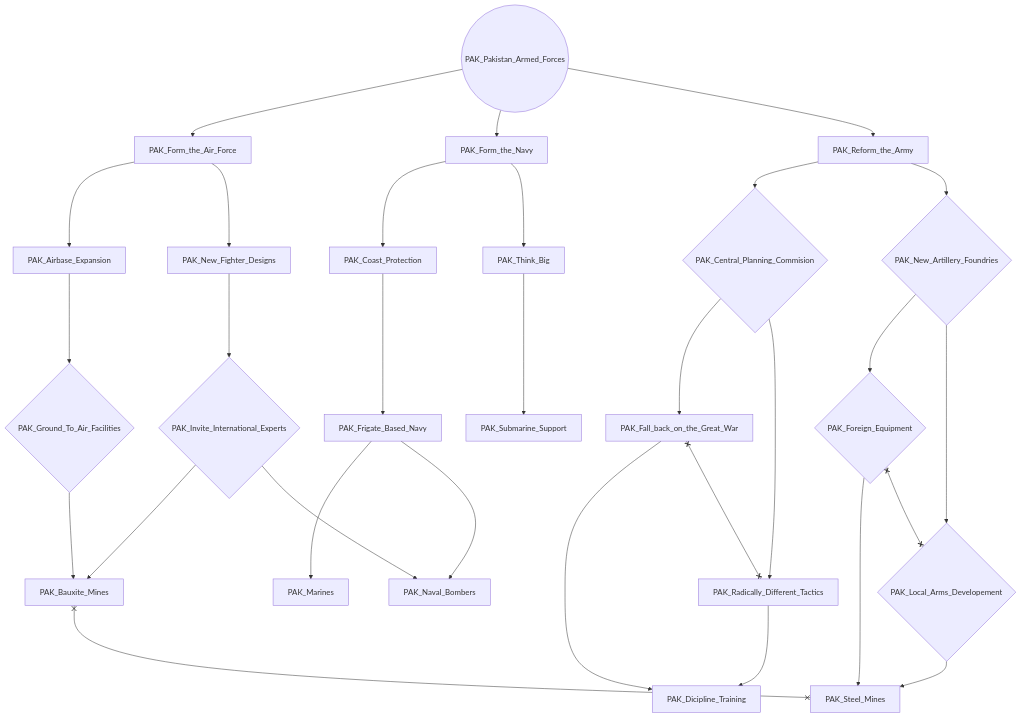
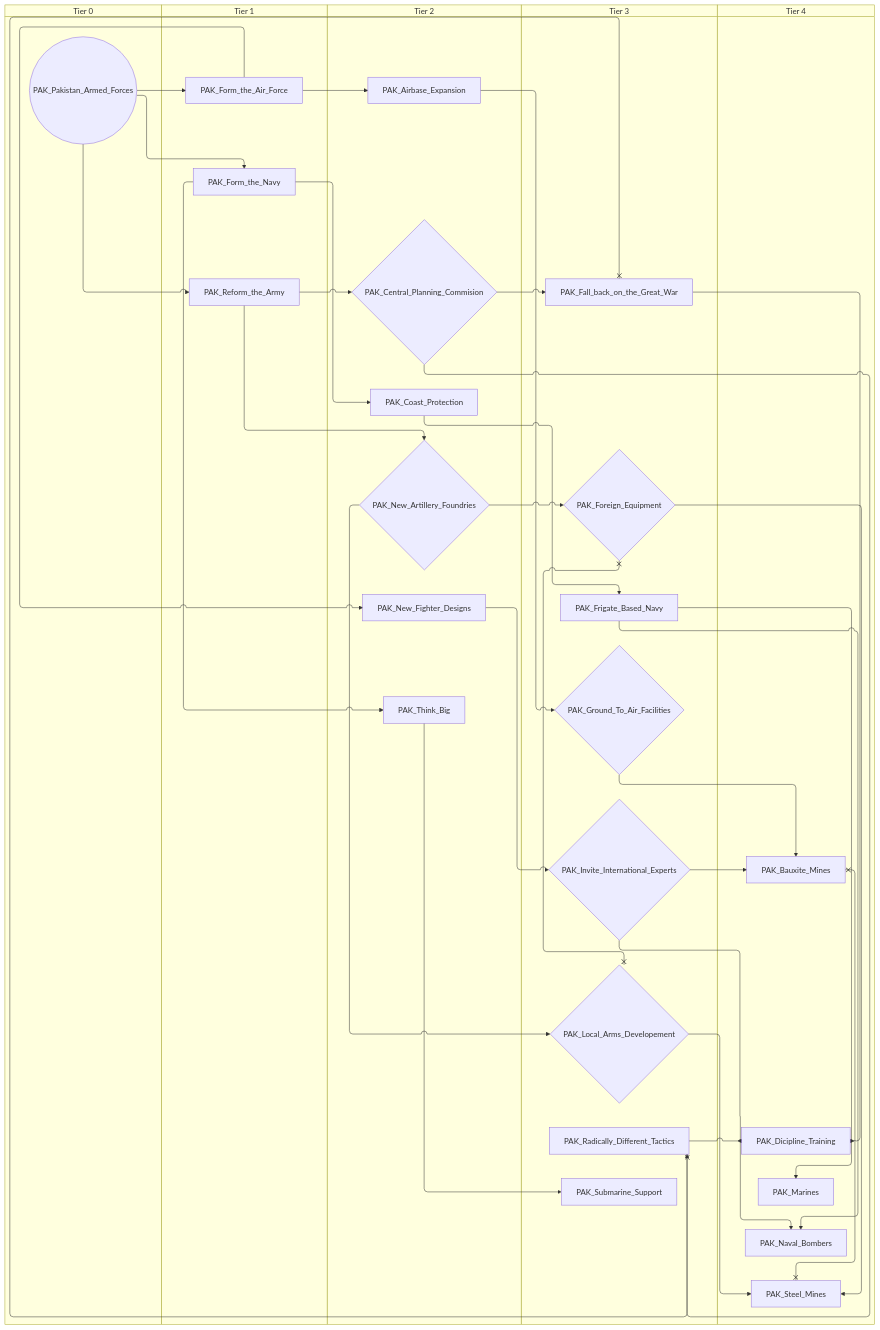
One commit to evgeny-sobol/hoi4-sandbox-mode-r56 changed the third of 3 diagrams in docs/gdd/National Focuses/pakistan.md. Above: the diagram before and after it, drawn with Mermaid. The commit also changed other lines of this file and 423 other files, not shown here.

First line of the commit message:
Re-export Rt56 focus trees as swimlane diagrams

````diff
--- a/docs/gdd/National Focuses/pakistan.md
+++ b/docs/gdd/National Focuses/pakistan.md
@@ -163,55 +193,65 @@
 ```mermaid
-flowchart TD
-    n61["PAK_Airbase_Expansion"]
-    n62["PAK_Bauxite_Mines"]
-    n63{"PAK_Central_Planning_Commision"}
-    n64["PAK_Coast_Protection"]
-    n65["PAK_Dicipline_Training"]
-    n66["PAK_Fall_back_on_the_Great_War"]
-    n67{"PAK_Foreign_Equipment"}
-    n68["PAK_Form_the_Air_Force"]
-    n69["PAK_Form_the_Navy"]
-    n70["PAK_Frigate_Based_Navy"]
-    n71{"PAK_Ground_To_Air_Facilities"}
-    n72{"PAK_Invite_International_Experts"}
-    n73{"PAK_Local_Arms_Developement"}
-    n74["PAK_Marines"]
-    n75["PAK_Naval_Bombers"]
-    n76{"PAK_New_Artillery_Foundries"}
-    n77["PAK_New_Fighter_Designs"]
-    n78(("PAK_Pakistan_Armed_Forces"))
-    n79["PAK_Radically_Different_Tactics"]
-    n80["PAK_Reform_the_Army"]
-    n81["PAK_Steel_Mines"]
-    n82["PAK_Submarine_Support"]
-    n83["PAK_Think_Big"]
-    n68 --> n61
-    n71 --> n62
-    n72 --> n62
-    n80 --> n63
-    n69 --> n64
-    n79 --> n65
-    n66 --> n65
-    n63 --> n66
-    n76 --> n67
-    n78 --> n68
-    n78 --> n69
-    n64 --> n70
-    n61 --> n71
-    n77 --> n72
-    n76 --> n73
-    n70 --> n74
-    n72 --> n75
-    n70 --> n75
-    n80 --> n76
-    n68 --> n77
-    n63 --> n79
-    n78 --> n80
+swimlane-beta TD
+    subgraph tier_0["Tier 0"]
+        n61(("PAK_Pakistan_Armed_Forces"))
+    end
+    subgraph tier_1["Tier 1"]
+        n62["PAK_Form_the_Air_Force"]
+        n63["PAK_Form_the_Navy"]
+        n64["PAK_Reform_the_Army"]
+    end
+    subgraph tier_2["Tier 2"]
+        n65["PAK_Airbase_Expansion"]
+        n66{"PAK_Central_Planning_Commision"}
+        n67["PAK_Coast_Protection"]
+        n68{"PAK_New_Artillery_Foundries"}
+        n69["PAK_New_Fighter_Designs"]
+        n70["PAK_Think_Big"]
+    end
+    subgraph tier_3["Tier 3"]
+        n71["PAK_Fall_back_on_the_Great_War"]
+        n72{"PAK_Foreign_Equipment"}
+        n73["PAK_Frigate_Based_Navy"]
+        n74{"PAK_Ground_To_Air_Facilities"}
+        n75{"PAK_Invite_International_Experts"}
+        n76{"PAK_Local_Arms_Developement"}
+        n77["PAK_Radically_Different_Tactics"]
+        n78["PAK_Submarine_Support"]
+    end
+    subgraph tier_4["Tier 4"]
+        n79["PAK_Bauxite_Mines"]
+        n80["PAK_Dicipline_Training"]
+        n81["PAK_Marines"]
+        n82["PAK_Naval_Bombers"]
+        n83["PAK_Steel_Mines"]
+    end
+    n62 --> n65
+    n74 --> n79
+    n75 --> n79
+    n64 --> n66
+    n63 --> n67
+    n77 --> n80
+    n71 --> n80
+    n66 --> n71
+    n68 --> n72
+    n61 --> n62
+    n61 --> n63
+    n67 --> n73
+    n65 --> n74
+    n69 --> n75
+    n68 --> n76
     n73 --> n81
-    n67 --> n81
-    n83 --> n82
-    n69 --> n83
-    n62 x--x n81
-    n66 x--x n79
-    n67 x--x n73
+    n75 --> n82
+    n73 --> n82
+    n64 --> n68
+    n62 --> n69
+    n66 --> n77
+    n61 --> n64
+    n76 --> n83
+    n72 --> n83
+    n70 --> n78
+    n63 --> n70
+    n79 x--x n83
+    n71 x--x n77
+    n72 x--x n76
 ```
````
